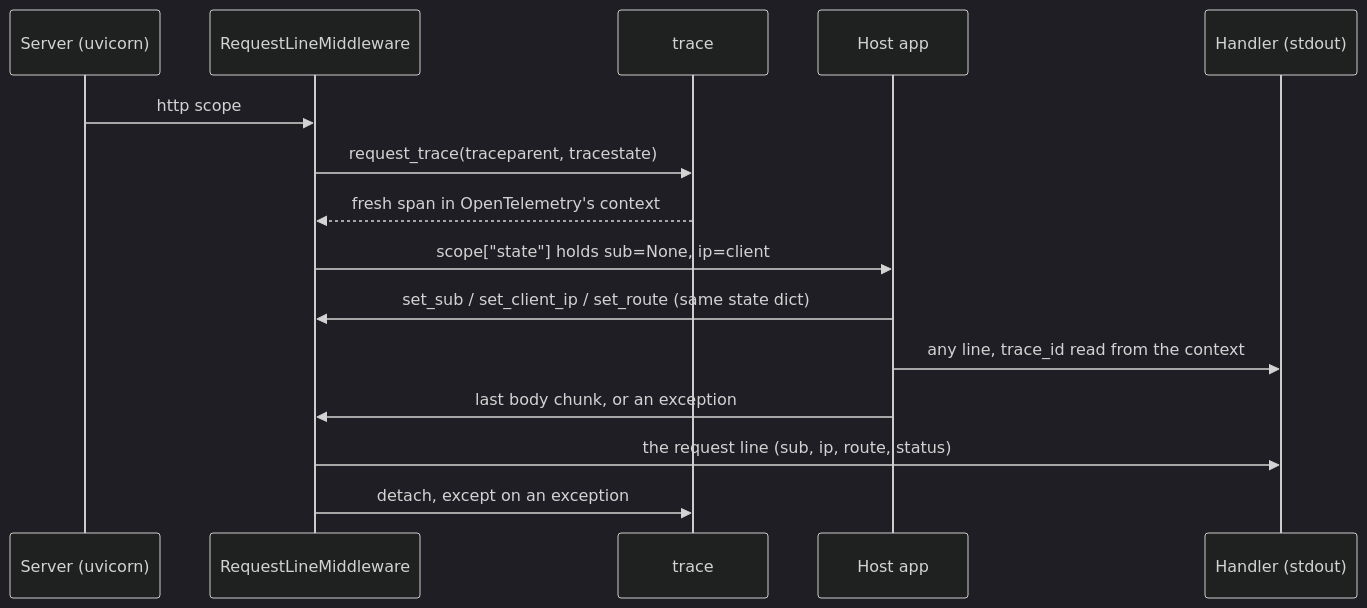
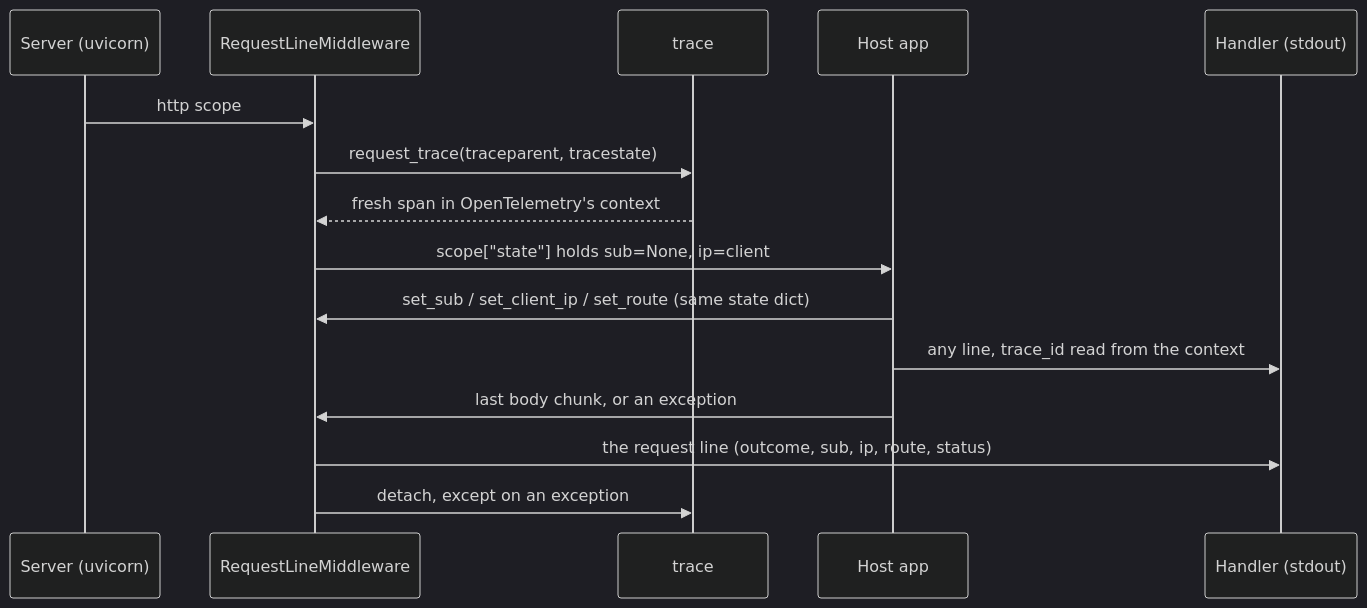
One commit to overnightworks/logline changed the second of 2 diagrams in docs/ARCHITECTURE.md. Above: the diagram before and after it, drawn with Mermaid (dark theme). The commit also changed other lines of this file and 11 other files, not shown here.

First line of the commit message:
A step timer, Outcome and request.ended (#26)

````diff
--- a/docs/ARCHITECTURE.md
+++ b/docs/ARCHITECTURE.md
@@ -42,17 +47,17 @@
 ```mermaid
 sequenceDiagram
     participant S as Server (uvicorn)
     participant M as RequestLineMiddleware
     participant T as trace
     participant A as Host app
     participant L as Handler (stdout)
     S->>M: http scope
     M->>T: request_trace(traceparent, tracestate)
     T-->>M: fresh span in OpenTelemetry's context
     M->>A: scope["state"] holds sub=None, ip=client
     A->>M: set_sub / set_client_ip / set_route (same state dict)
     A->>L: any line, trace_id read from the context
     A->>M: last body chunk, or an exception
-    M->>L: the request line (sub, ip, route, status)
+    M->>L: the request line (outcome, sub, ip, route, status)
     M->>T: detach, except on an exception
 ```
````
